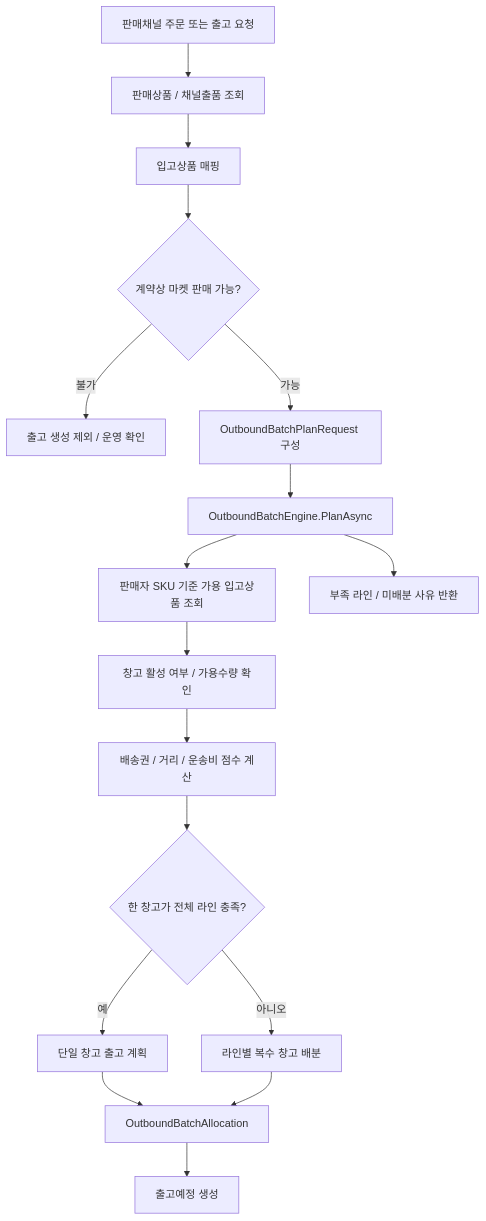
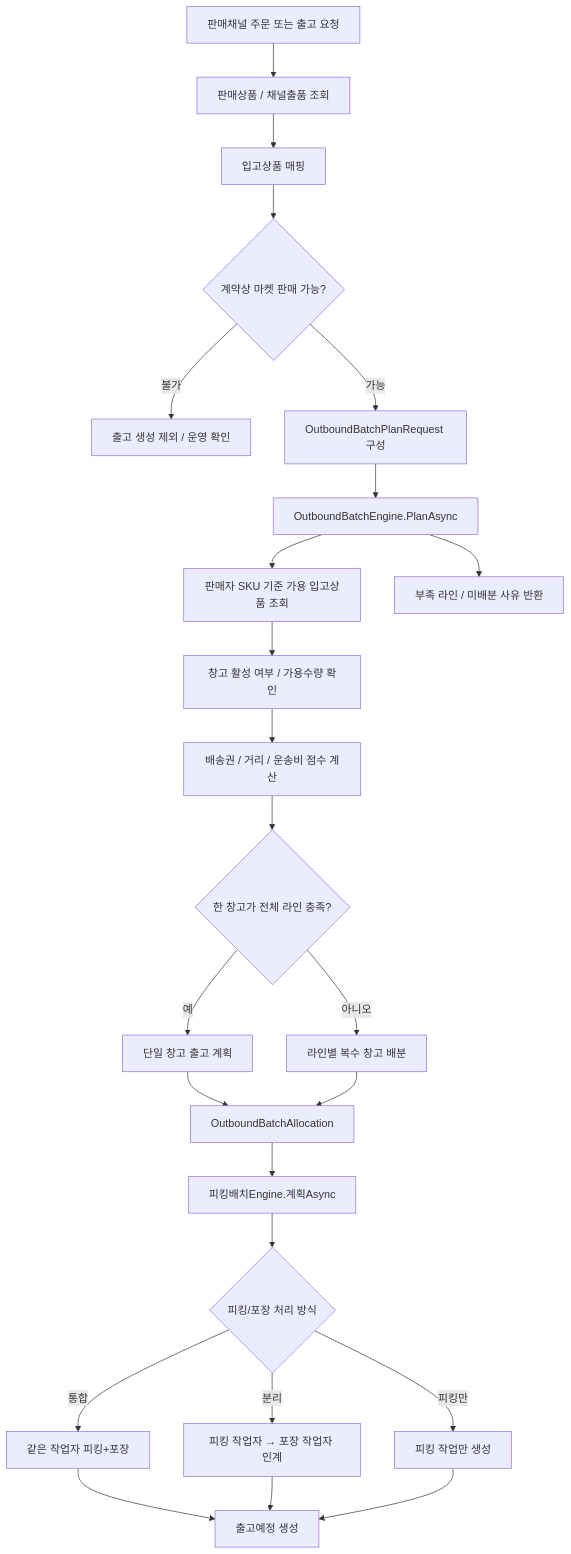
Before and after one commit to cheolwo/hongdal: the diagram in docs/Versions/v1.5/README.md, drawn with Mermaid. The commit also changed other lines of this file and 25 other files, not shown here.

````diff
--- a/docs/Versions/v1.5/README.md
+++ b/docs/Versions/v1.5/README.md
@@ -46,19 +49,26 @@
 ```mermaid
 flowchart TD
     A["판매채널 주문 또는 출고 요청"] --> B["판매상품 / 채널출품 조회"]
     B --> C["입고상품 매핑"]
     C --> D{"계약상 마켓 판매 가능?"}
     D -->|불가| X["출고 생성 제외 / 운영 확인"]
     D -->|가능| E["OutboundBatchPlanRequest 구성"]
     E --> F["OutboundBatchEngine.PlanAsync"]
     F --> G["판매자 SKU 기준 가용 입고상품 조회"]
     G --> H["창고 활성 여부 / 가용수량 확인"]
     H --> I["배송권 / 거리 / 운송비 점수 계산"]
     I --> J{"한 창고가 전체 라인 충족?"}
     J -->|예| K["단일 창고 출고 계획"]
     J -->|아니오| L["라인별 복수 창고 배분"]
     K --> M["OutboundBatchAllocation"]
     L --> M
-    M --> N["출고예정 생성"]
+    M --> N["피킹배치Engine.계획Async"]
+    N --> P{"피킹/포장 처리 방식"}
+    P -->|통합| Q["같은 작업자 피킹+포장"]
+    P -->|분리| R["피킹 작업자 → 포장 작업자 인계"]
+    P -->|피킹만| S["피킹 작업만 생성"]
+    Q --> T["출고예정 생성"]
+    R --> T
+    S --> T
     F --> O["부족 라인 / 미배분 사유 반환"]
 ```
````
